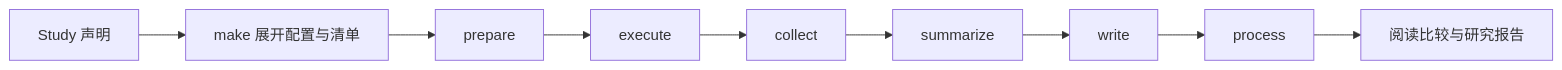
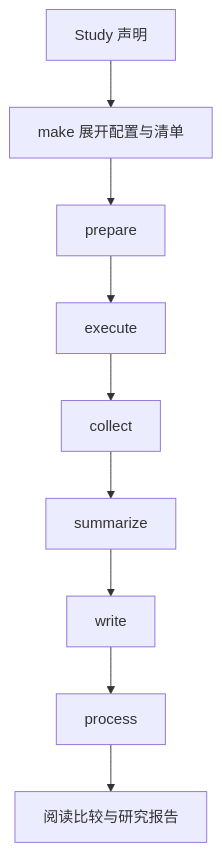
The third of 4 diagrams in docs/架构设计 Architecture Design 研究流水线.md (DreamSoul-AI/RPipe), drawn with Mermaid before and after one commit. The commit also changed 7 other files, not shown here.

````diff
--- a/docs/架构设计 Architecture Design 研究流水线.md
+++ b/docs/架构设计 Architecture Design 研究流水线.md
@@ -237,11 +237,11 @@
 ```mermaid
-flowchart LR
+flowchart TB
     Declare[Study 声明] --> Make[make 展开配置与清单]
     Make --> prepare
     prepare --> execute
     execute --> collect
     collect --> summarize
     summarize --> write
     write --> process
     process --> Review[阅读比较与研究报告]
 ```
````
